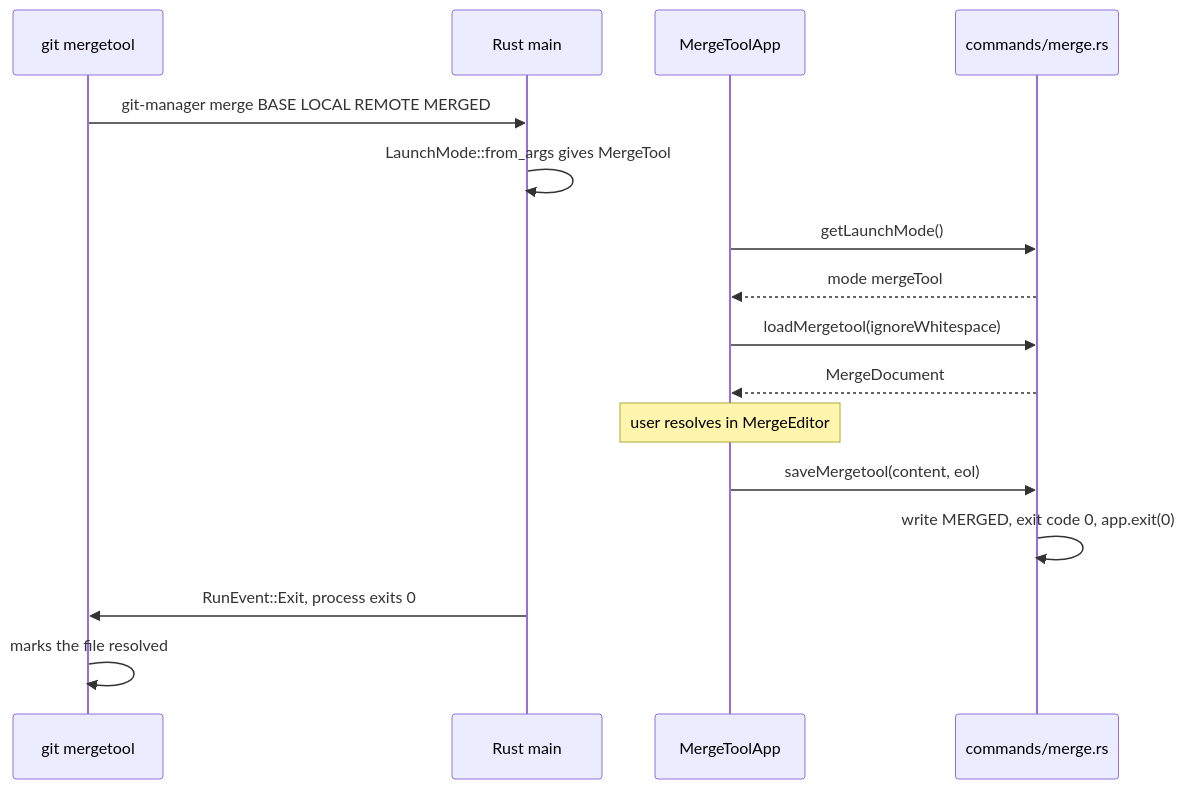
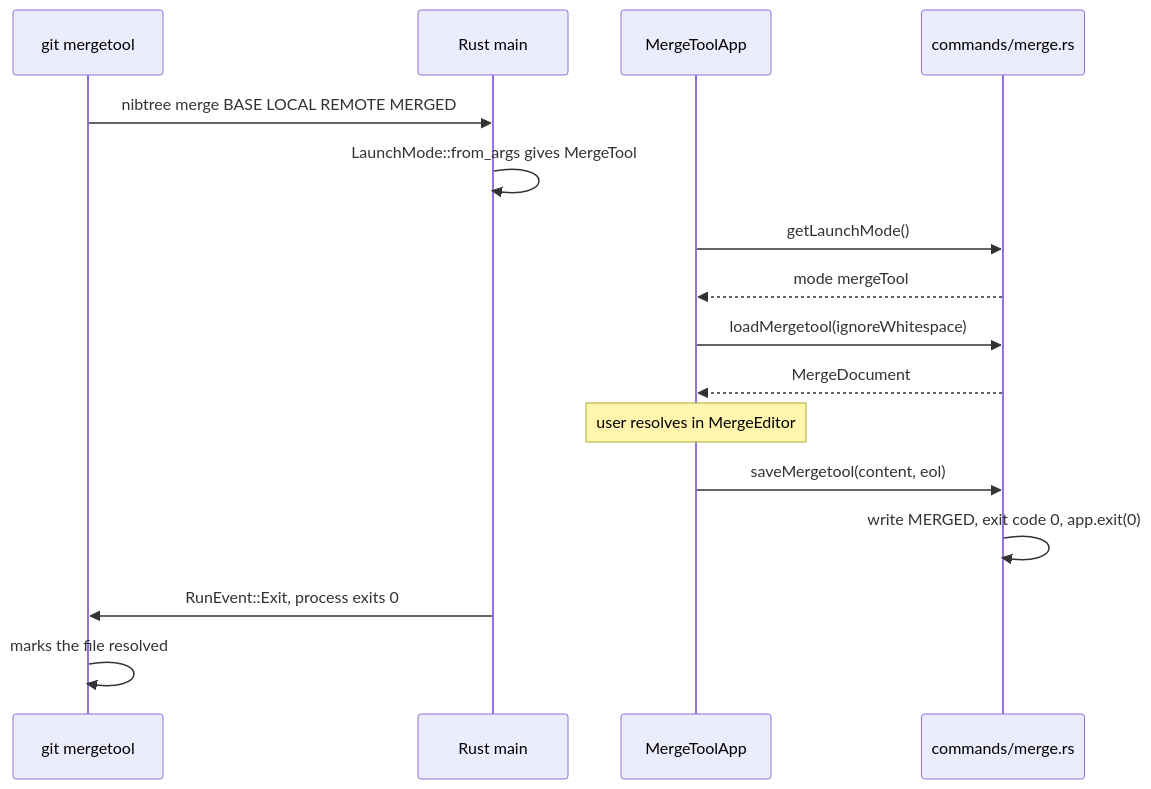
The first of 3 diagrams in docs/wiki/developer/How-Mergetool-Mode-Works.md (shibbirweb/git-manager), drawn with Mermaid before and after one commit. The commit also changed other lines of this file and 268 other files, not shown here.

Commit message:
feat:[GM-142] Git Manager is now Nibtree

````diff
--- a/docs/wiki/developer/How-Mergetool-Mode-Works.md
+++ b/docs/wiki/developer/How-Mergetool-Mode-Works.md
@@ -19,18 +19,18 @@
 ```mermaid
 sequenceDiagram
     participant G as git mergetool
     participant RS as Rust main
     participant UI as MergeToolApp
     participant CMD as commands/merge.rs
-    G->>RS: git-manager merge BASE LOCAL REMOTE MERGED
+    G->>RS: nibtree merge BASE LOCAL REMOTE MERGED
     RS->>RS: LaunchMode::from_args gives MergeTool
     UI->>CMD: getLaunchMode()
     CMD-->>UI: mode mergeTool
     UI->>CMD: loadMergetool(ignoreWhitespace)
     CMD-->>UI: MergeDocument
     Note over UI: user resolves in MergeEditor
     UI->>CMD: saveMergetool(content, eol)
     CMD->>CMD: write MERGED, exit code 0, app.exit(0)
     RS->>G: RunEvent::Exit, process exits 0
     G->>G: marks the file resolved
 ```
````
